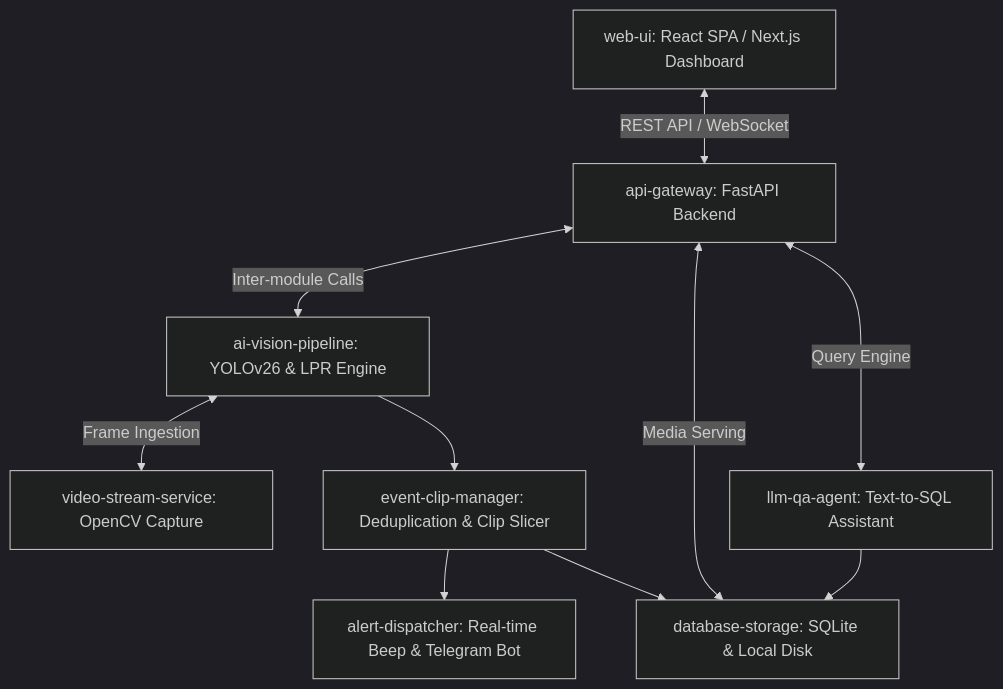
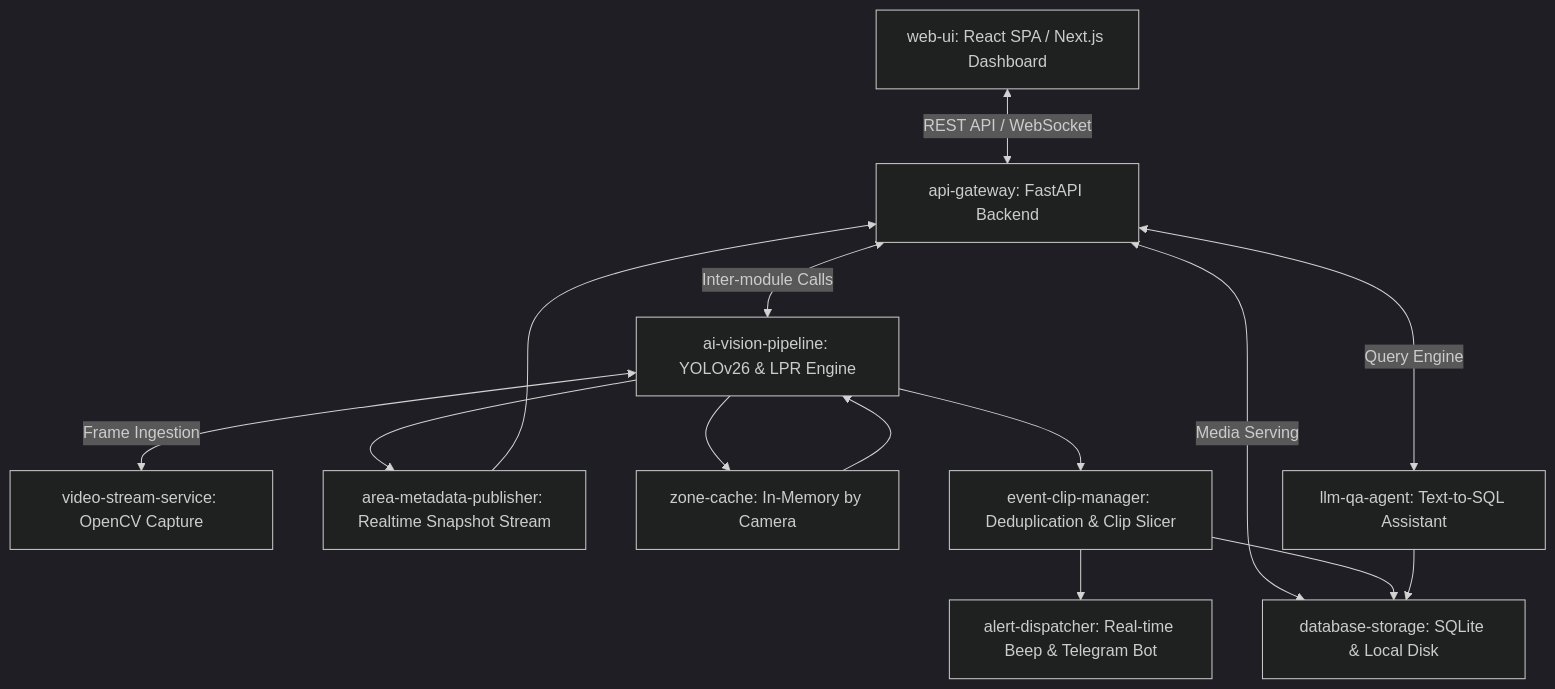
One commit to thanhbinh1801/VisionEdge-AI changed the first of 2 diagrams in .delivery/ARCHITECTURE.md. Above: the diagram before and after it, drawn with Mermaid (dark theme). The commit also changed other lines of this file and 51 other files, not shown here.

````diff
--- a/.delivery/ARCHITECTURE.md
+++ b/.delivery/ARCHITECTURE.md
@@ -15,12 +15,16 @@
 ```mermaid
 graph TD
     UI[web-ui: React SPA / Next.js Dashboard] <-- REST API / WebSocket --> API[api-gateway: FastAPI Backend]
     API <-- Inter-module Calls --> VIS[ai-vision-pipeline: YOLOv26 & LPR Engine]
     API <-- Media Serving --> STOR[database-storage: SQLite & Local Disk]
     VIS <-- Frame Ingestion --> STRM[video-stream-service: OpenCV Capture]
+    VIS --> META[area-metadata-publisher: Realtime Snapshot Stream]
+    VIS --> CACHE[zone-cache: In-Memory by Camera]
     VIS --> EVT[event-clip-manager: Deduplication & Clip Slicer]
+    META --> API
+    CACHE --> VIS
     EVT --> ALT[alert-dispatcher: Real-time Beep & Telegram Bot]
     EVT --> STOR
     API <-- Query Engine --> QA[llm-qa-agent: Text-to-SQL Assistant]
     QA --> STOR
 ```
````
